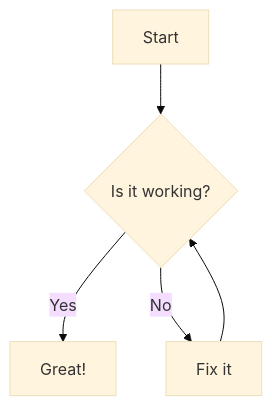
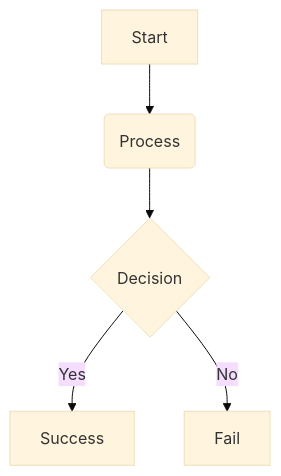
Before and after one commit to DharmeshBaghel/HR_Payroll_System: the diagram in README.md, drawn with Mermaid (base theme). The commit also changed other lines of this file, not shown here.

Commit message:
Enhance README with project details and diagram
Updated project description and improved system architecture diagram.

````diff
--- a/README.md
+++ b/README.md
@@ -3,7 +3,7 @@
 ```mermaid
-flowchart TD
-    A[Start] --> B{Is it working?}
-    B -- Yes --> C[Great!]
-    B -- No --> D[Fix it]
-    D --> B
+graph TD;
+    A[Start] --> B(Process);
+    B --> C{Decision};
+    C -- Yes --> D[Success];
+    C -- No --> E[Fail];
 ```
````
